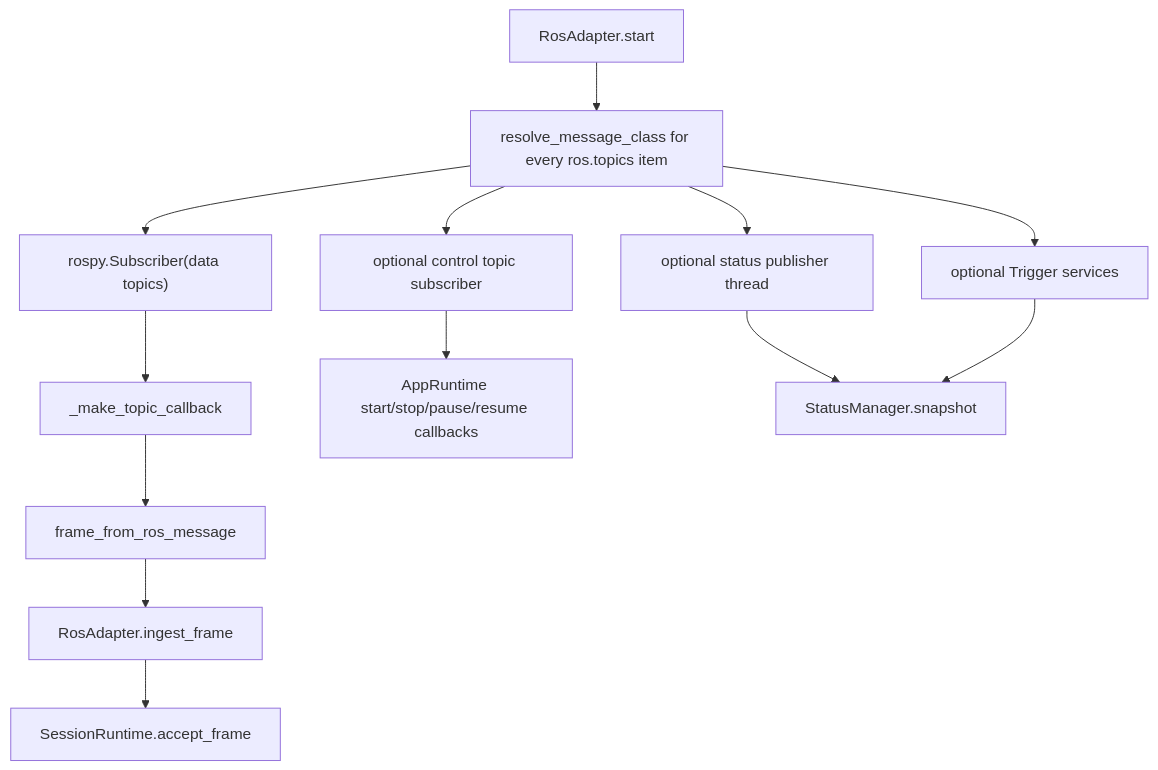
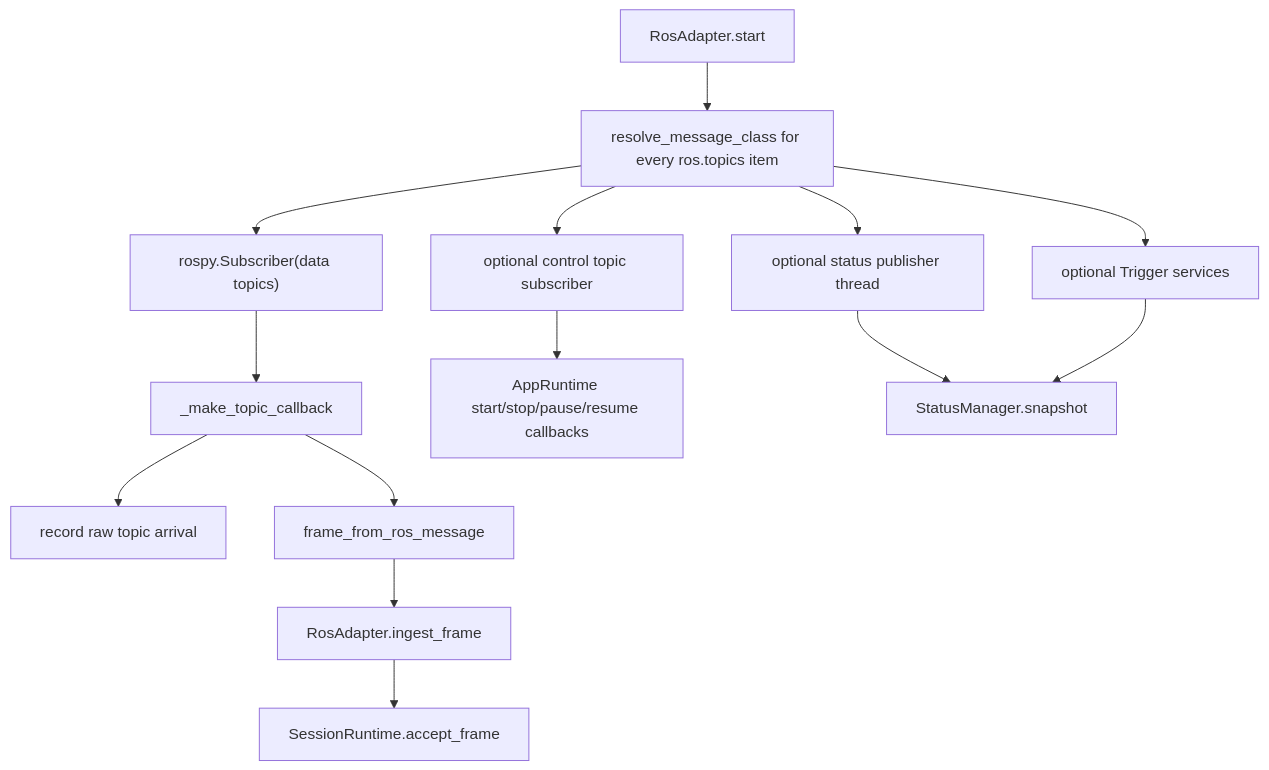
Before and after one commit to permanentchange/DataCollectDAG: the fifth of 7 diagrams in docs/architecture.md, drawn with Mermaid. The commit also changed other lines of this file and 9 other files, not shown here.

````diff
--- a/docs/architecture.md
+++ b/docs/architecture.md
@@ -493,15 +499,16 @@
 ```mermaid
 flowchart TD
   RosStart["RosAdapter.start"] --> Resolve["resolve_message_class for every ros.topics item"]
   Resolve --> SubData["rospy.Subscriber(data topics)"]
   Resolve --> SubControl["optional control topic subscriber"]
   Resolve --> PubStatus["optional status publisher thread"]
   Resolve --> Services["optional Trigger services"]
   SubData --> Callback["_make_topic_callback"]
+  Callback --> Count["record raw topic arrival"]
   Callback --> Wrap["frame_from_ros_message"]
   Wrap --> Ingest["RosAdapter.ingest_frame"]
   Ingest --> Session["SessionRuntime.accept_frame"]
   SubControl --> AppCallbacks["AppRuntime start/stop/pause/resume callbacks"]
   PubStatus --> Snapshot["StatusManager.snapshot"]
   Services --> Snapshot
 ```
````
